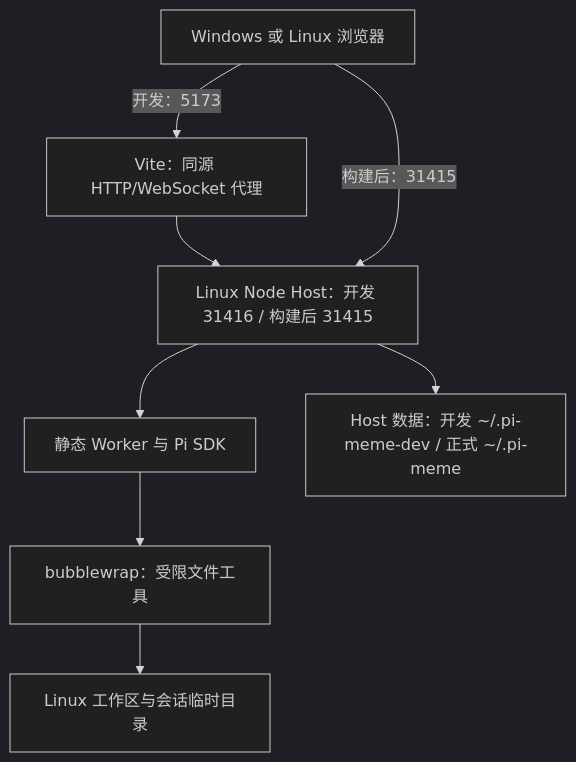
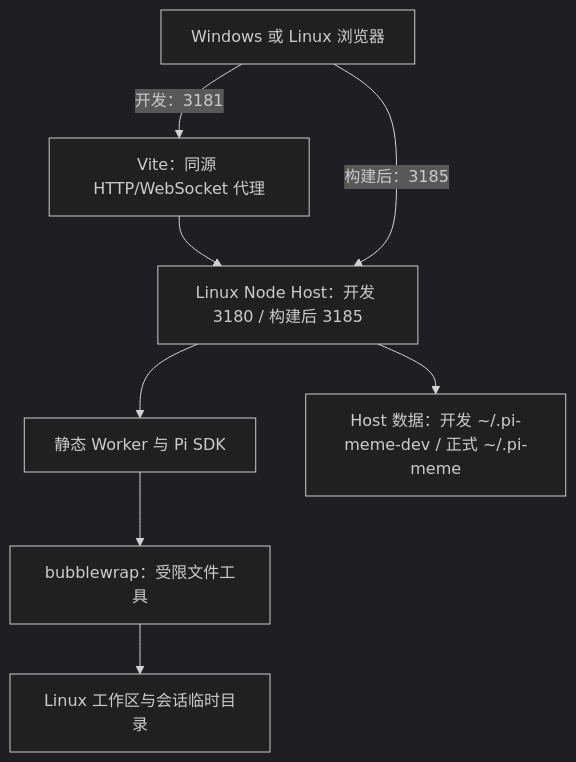
One commit to xidongdong-153/Pi-meme changed the diagram in docs/linux-wsl.md. Above: the diagram before and after it, drawn with Mermaid. The commit also changed other lines of this file and 16 other files, not shown here.

````diff
--- a/docs/linux-wsl.md
+++ b/docs/linux-wsl.md
@@ -54,11 +54,11 @@
 ```mermaid
 %%{init: {"theme": "dark"}}%%
 flowchart TD
-  Browser["Windows 或 Linux 浏览器"] -->|开发：5173| Vite["Vite：同源 HTTP/WebSocket 代理"]
-  Vite --> Host["Linux Node Host：开发 31416 / 构建后 31415"]
-  Browser -->|构建后：31415| Host
+  Browser["Windows 或 Linux 浏览器"] -->|开发：3181| Vite["Vite：同源 HTTP/WebSocket 代理"]
+  Vite --> Host["Linux Node Host：开发 3180 / 构建后 3185"]
+  Browser -->|构建后：3185| Host
   Host --> Worker["静态 Worker 与 Pi SDK"]
   Worker --> Sandbox["bubblewrap：受限文件工具"]
   Sandbox --> Project["Linux 工作区与会话临时目录"]
   Host --> Data["Host 数据：开发 ~/.pi-meme-dev / 正式 ~/.pi-meme"]
 ```
````
